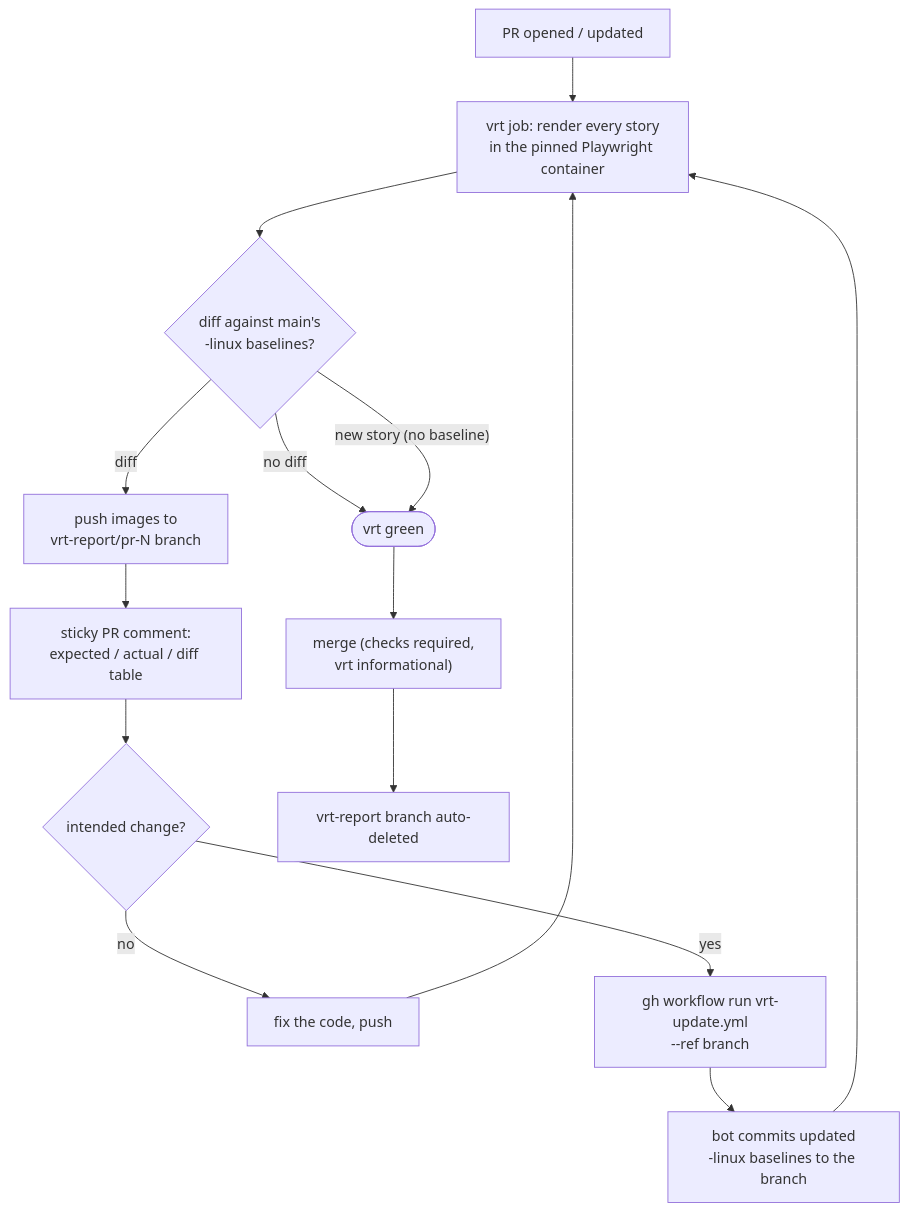
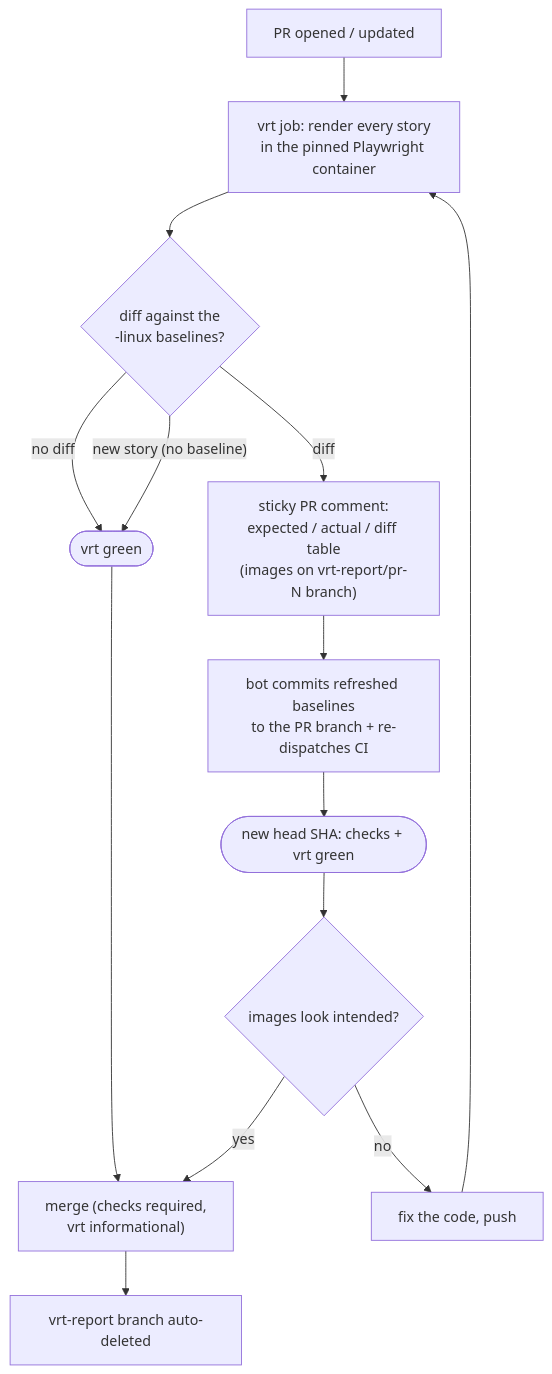
The diagram in README.md (Katsu5012/ui), drawn with Mermaid before and after one commit. The commit also changed other lines of this file and 3 other files, not shown here.

First line of the commit message:
Auto-commit refreshed VRT baselines to the PR branch (#5)

````diff
--- a/README.md
+++ b/README.md
@@ -30,15 +30,15 @@
 ```mermaid
 flowchart TD
     push[PR opened / updated] --> vrt["vrt job: render every story<br>in the pinned Playwright container"]
-    vrt --> cmp{"diff against main's<br>-linux baselines?"}
+    vrt --> cmp{"diff against the<br>-linux baselines?"}
     cmp -- "no diff" --> green([vrt green])
     cmp -- "new story (no baseline)" --> green
-    cmp -- diff --> report["push images to<br>vrt-report/pr-N branch"]
-    report --> comment["sticky PR comment:<br>expected / actual / diff table"]
-    comment --> review{intended change?}
+    cmp -- diff --> comment["sticky PR comment:<br>expected / actual / diff table<br>(images on vrt-report/pr-N branch)"]
+    comment --> auto["bot commits refreshed baselines<br>to the PR branch + re-dispatches CI"]
+    auto --> green2([new head SHA: checks + vrt green])
+    green2 --> review{images look intended?}
+    review -- yes --> merge["merge (checks required,<br>vrt informational)"]
     review -- no --> fix[fix the code, push] --> vrt
-    review -- yes --> dispatch["gh workflow run vrt-update.yml<br>--ref branch"]
-    dispatch --> bot["bot commits updated<br>-linux baselines to the branch"] --> vrt
-    green --> merge["merge (checks required,<br>vrt informational)"]
+    green --> merge
     merge --> cleanup[vrt-report branch auto-deleted]
 ```
````
